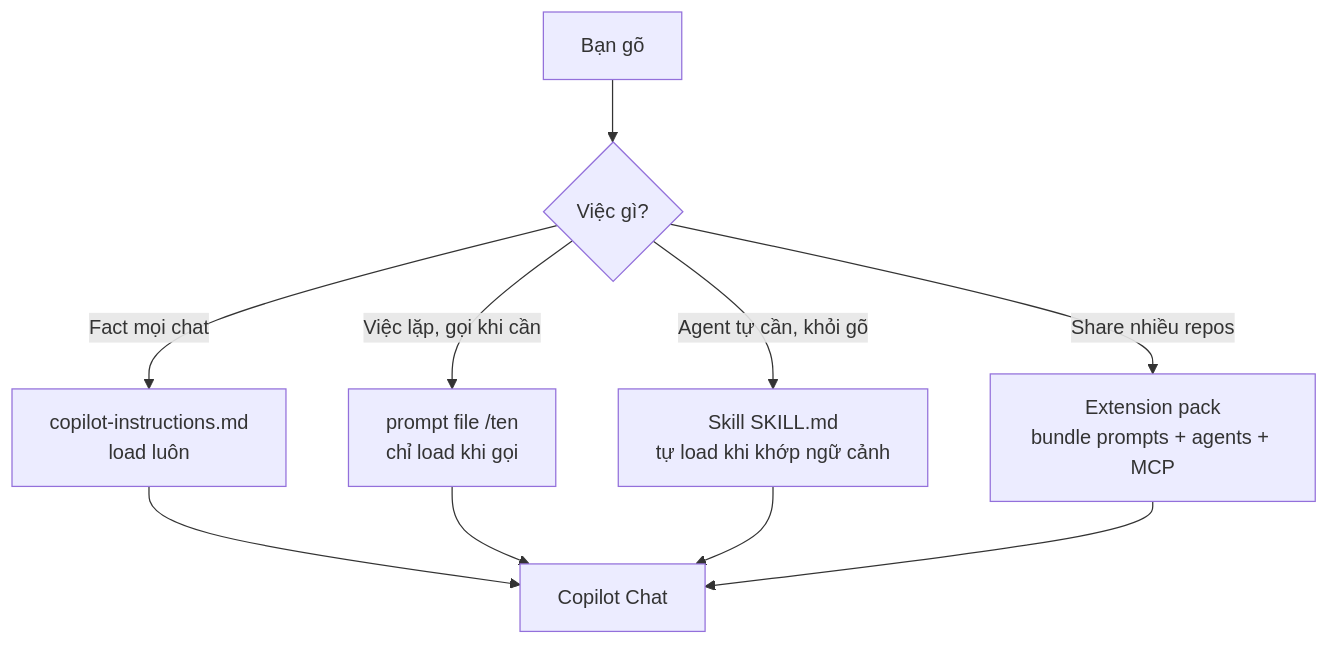
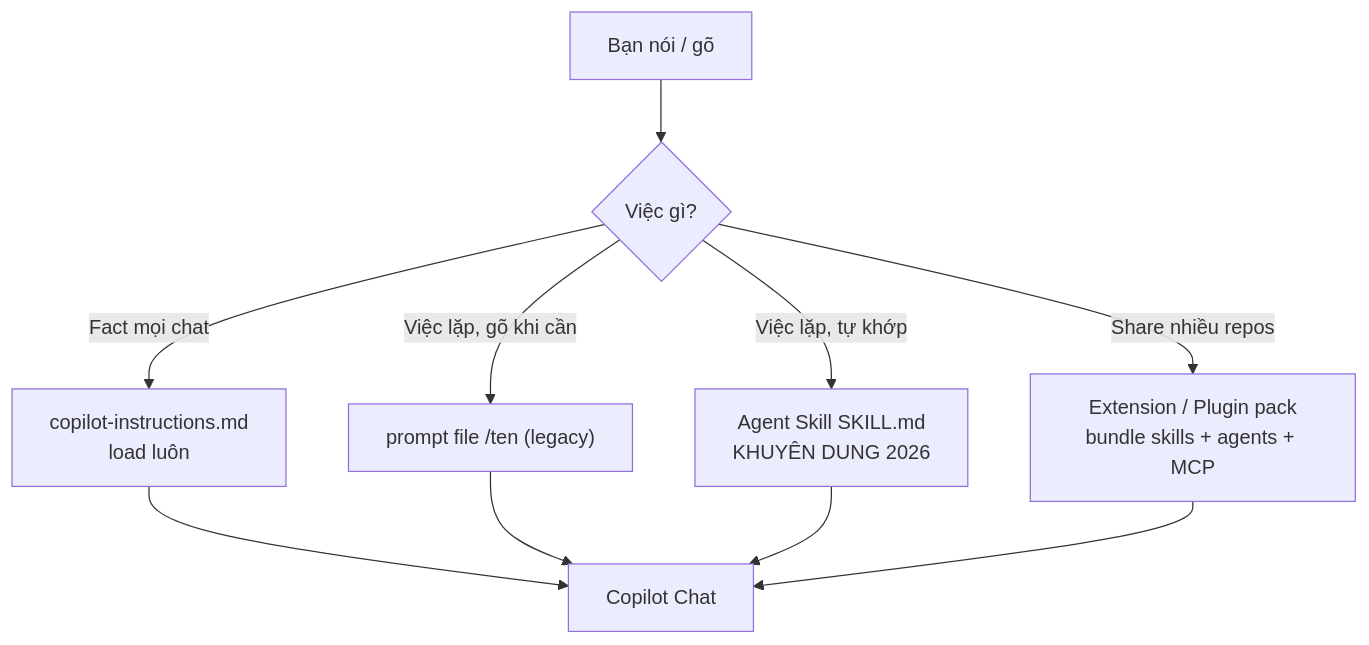
Before and after one commit to nbhson/tutorial-github-copilot: the first of 2 diagrams in 01-huong-dan-su-dung/05-prompt-files-custom-instructions.md, drawn with Mermaid. The commit also changed other lines of this file and 96 other files, not shown here.

````diff
--- a/01-huong-dan-su-dung/05-prompt-files-custom-instructions.md
+++ b/01-huong-dan-su-dung/05-prompt-files-custom-instructions.md
@@ -103,12 +110,12 @@
 ```mermaid
 flowchart TB
-  U[Bạn gõ] --> Q{Việc gì?}
+  U[Bạn nói / gõ] --> Q{Việc gì?}
   Q -->|Fact mọi chat| I[copilot-instructions.md<br/>load luôn]
-  Q -->|Việc lặp, gọi khi cần| P[prompt file /ten<br/>chỉ load khi gọi]
-  Q -->|Agent tự cần, khỏi gõ| S[Skill SKILL.md<br/>tự load khi khớp ngữ cảnh]
-  Q -->|Share nhiều repos| E[Extension pack<br/>bundle prompts + agents + MCP]
+  Q -->|Việc lặp, gõ khi cần| P["prompt file /ten (legacy)"]
+  Q -->|Việc lặp, tự khớp| S["Agent Skill SKILL.md<br/>KHUYÊN DUNG 2026"]
+  Q -->|Share nhiều repos| E[Extension / Plugin pack<br/>bundle skills + agents + MCP]
   I --> Chat[Copilot Chat]
   P --> Chat
   S --> Chat
   E --> Chat
 ```
````
